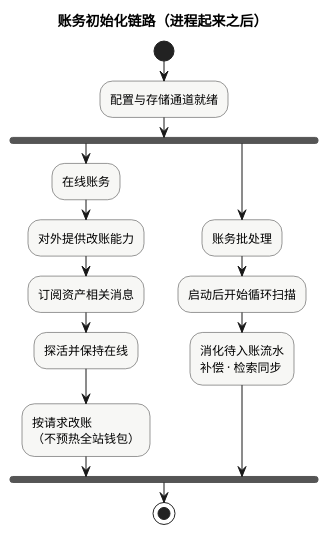
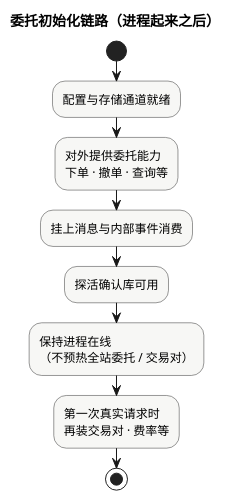
Before and after one commit to bridgehsu/tgex.net: the diagram in docs/07.现货手册/05.核心流程/design/0401-01.plantuml, drawn with PlantUML. The commit also changed 39 other files, not shown here.

First line of the commit message:
Rewrite place/cancel flows as sequence docs and reorder core flow pages.

```diff
--- a/docs/07.现货手册/05.核心流程/design/0401-01.plantuml
+++ b/docs/07.现货手册/05.核心流程/design/0401-01.plantuml
@@ -1,24 +1,17 @@
-@startuml 账务初始化链路
+@startuml 委托初始化链路
 skinparam shadowing false
 skinparam ActivityBorderColor #333
 skinparam ActivityBackgroundColor #F7F7F5
 
-title 账务初始化链路（进程起来之后）
+title 委托初始化链路（进程起来之后）
 
 start
 :配置与存储通道就绪;
-
-fork
-  :在线账务;
-  :对外提供改账能力;
-  :订阅资产相关消息;
-  :探活并保持在线;
-  :按请求改账\n（不预热全站钱包）;
-fork again
-  :账务批处理;
-  :启动后开始循环扫描;
-  :消化待入账流水\n补偿 · 检索同步;
-end fork
+:对外提供委托能力\n下单 · 撤单 · 查询等;
+:挂上消息与内部事件消费;
+:探活确认库可用;
+:保持进程在线\n（不预热全站委托 / 交易对）;
+:第一次真实请求时\n再装交易对 · 费率等;
 
 stop
 @enduml
```
